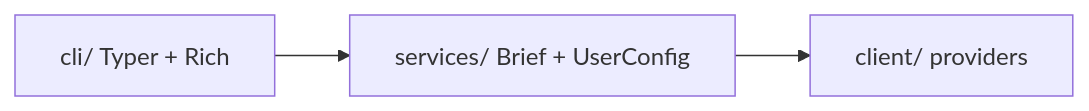
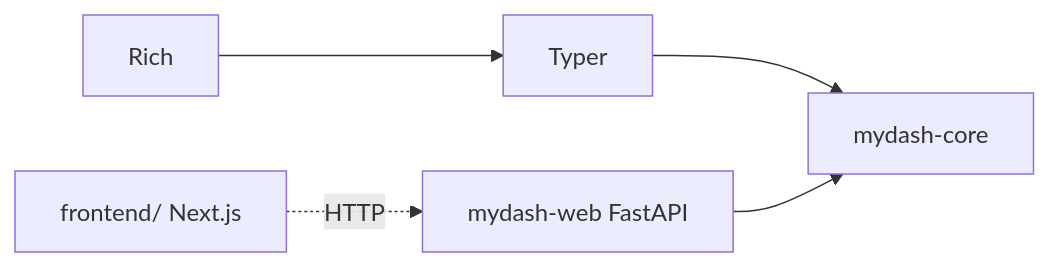
Before and after one commit to Kultrol/mydash: the diagram in README.md, drawn with Mermaid. The commit also changed other lines of this file and 3 other files, not shown here.

````diff
--- a/README.md
+++ b/README.md
@@ -172,7 +187,10 @@
 ```mermaid
 flowchart LR
-    CLI["cli/ Typer + Rich"]
-    SVC["services/ Brief + UserConfig"]
-    DATA["client/ providers"]
-    CLI --> SVC --> DATA
+    RICH["Rich"]
+    TYPER["Typer"]
+    API["mydash-web FastAPI"]
+    FE["frontend/ Next.js"]
+    CORE["mydash-core"]
+    RICH --> TYPER --> CORE
+    FE -.->|HTTP| API --> CORE
 ```
````
